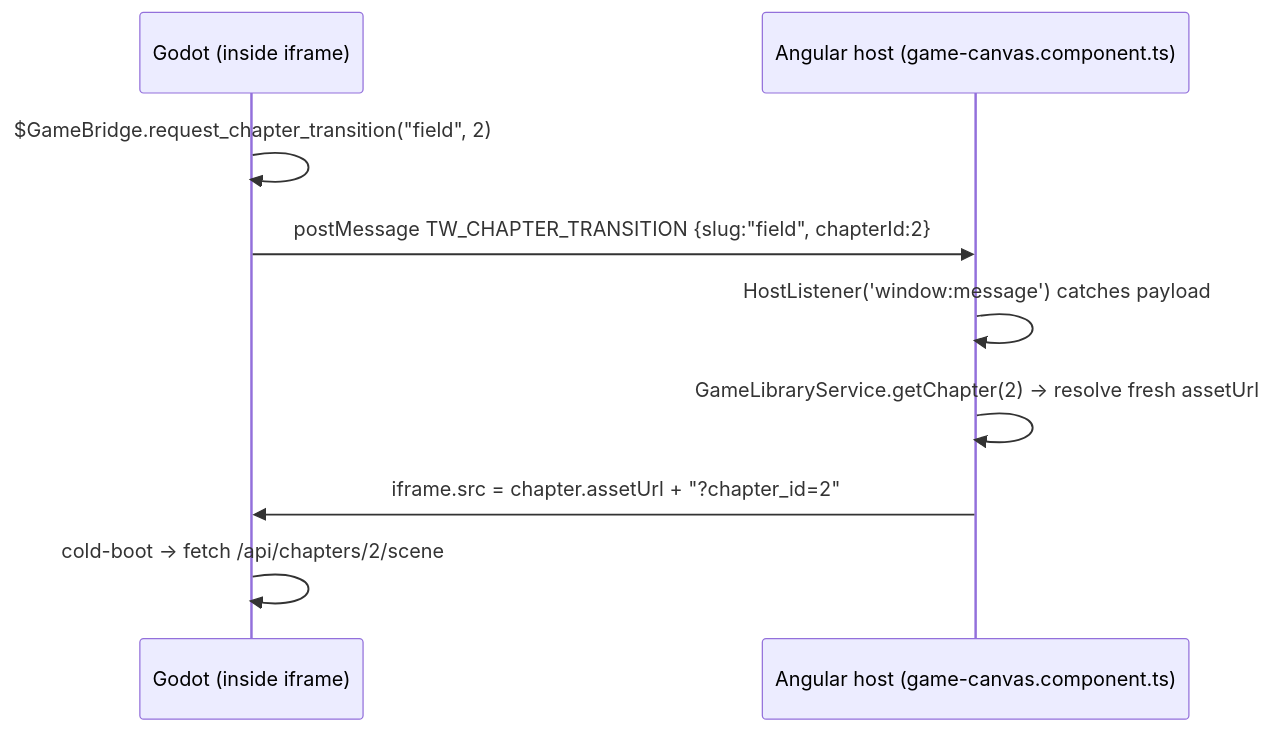
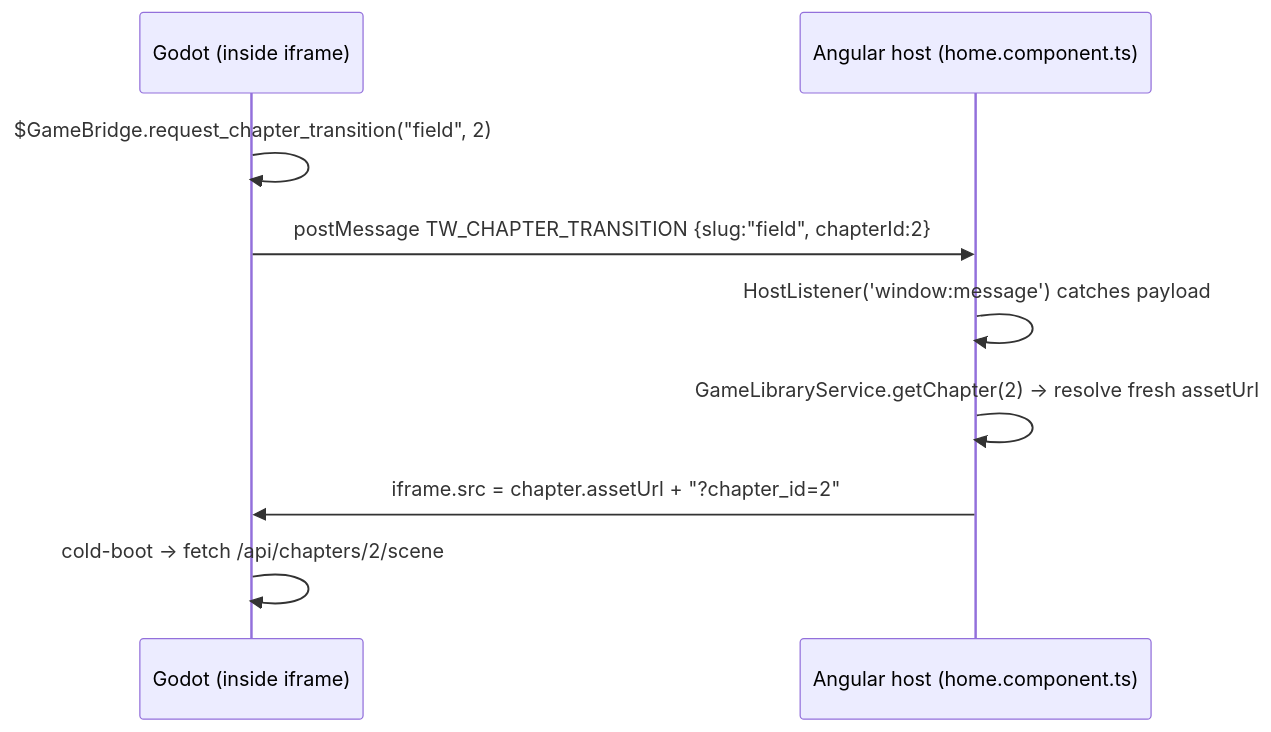
The sixth of 48 diagrams in README.md (hugmesh/hugmesh-games), drawn with Mermaid before and after one commit. The commit also changed other lines of this file, not shown here.

````diff
--- a/README.md
+++ b/README.md
@@ -452,11 +454,11 @@
 ```mermaid
 sequenceDiagram
     participant Godot as Godot (inside iframe)
-    participant Host as Angular host (game-canvas.component.ts)
+    participant Host as Angular host (home.component.ts)
     Godot->>Godot: $GameBridge.request_chapter_transition("field", 2)
     Godot->>Host: postMessage TW_CHAPTER_TRANSITION {slug:"field", chapterId:2}
     Host->>Host: HostListener('window:message') catches payload
     Host->>Host: GameLibraryService.getChapter(2) → resolve fresh assetUrl
     Host->>Godot: iframe.src = chapter.assetUrl + "?chapter_id=2"
     Godot->>Godot: cold-boot → fetch /api/chapters/2/scene
 ```
````
